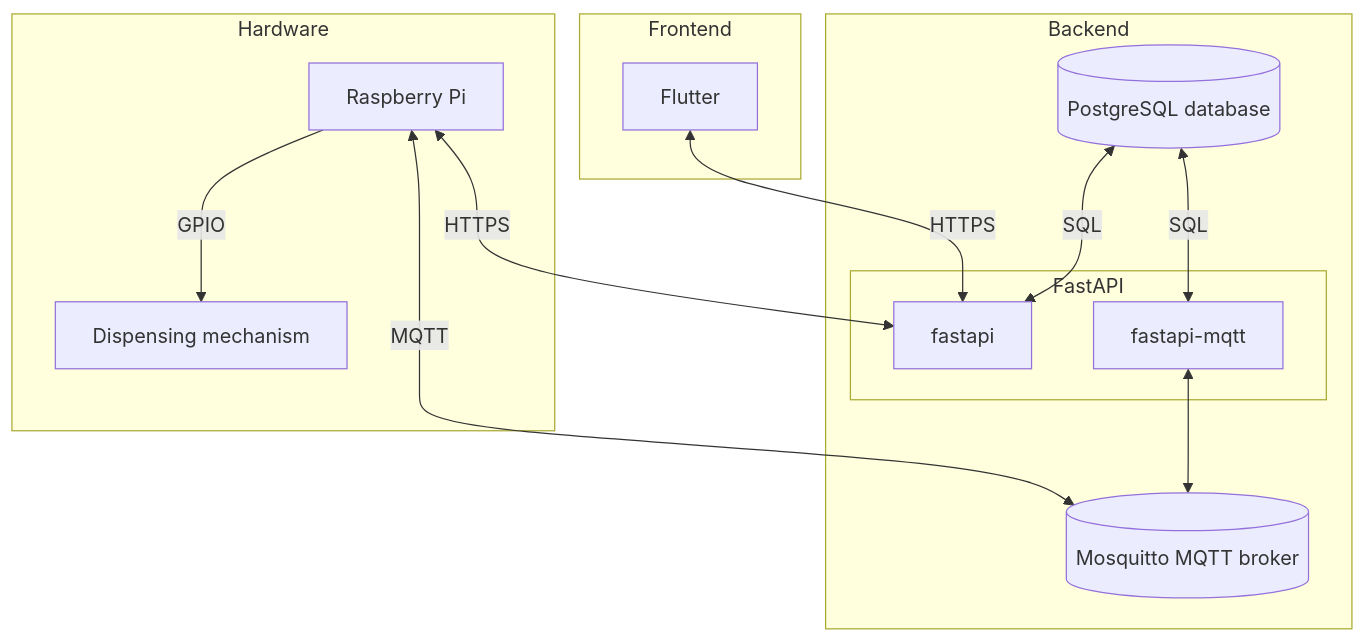
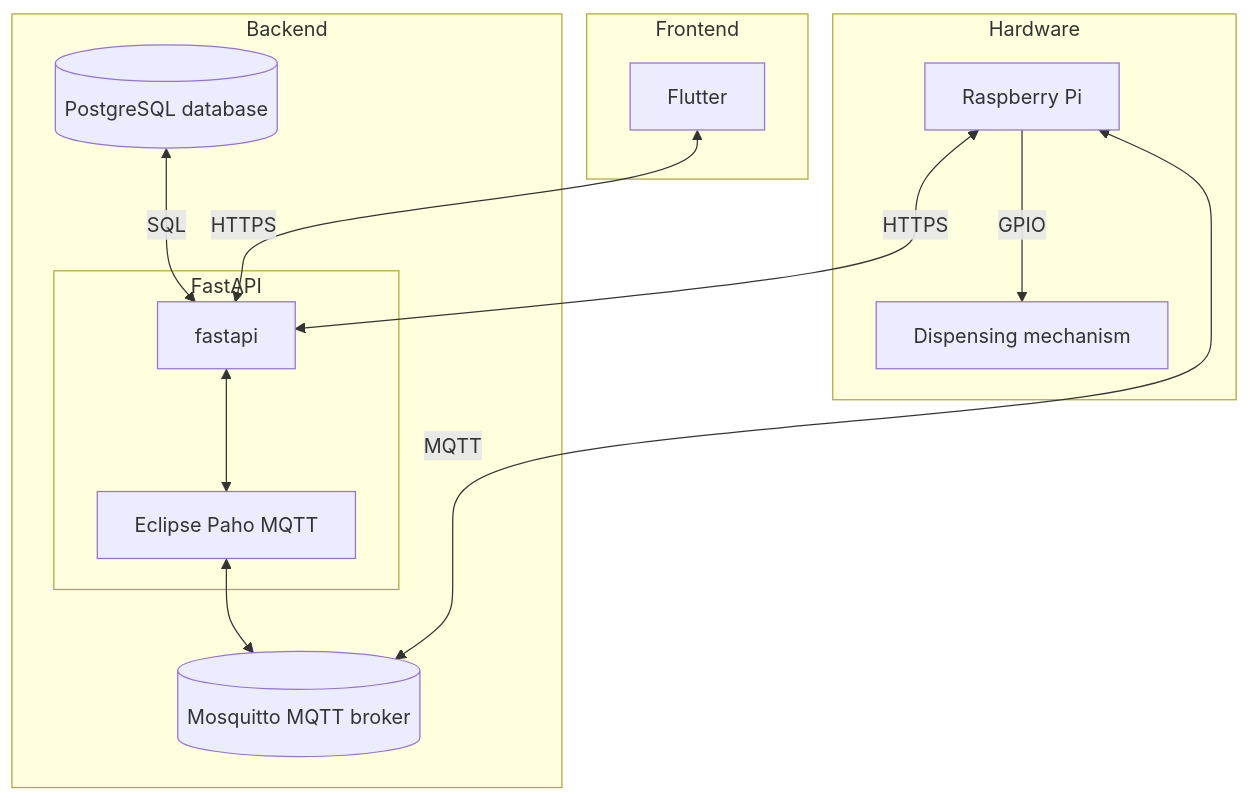
One commit to HealthHubert/.github changed the diagram in profile/README.md. Above: the diagram before and after it, drawn with Mermaid.

Commit message:
Updated mermaid diagram

````diff
--- a/profile/README.md
+++ b/profile/README.md
@@ -4,36 +4,36 @@
 ```mermaid
 graph TD
     subgraph backend[Backend]
         db[(PostgreSQL database)]
         broker[(Mosquitto MQTT broker)]
 
         subgraph fast[FastAPI]
             fastapi[fastapi]
-            fastapi-mqtt[fastapi-mqtt]
+            mqtt_client[Eclipse Paho MQTT]
         end
 
     end
 
 
     subgraph hardware[Hardware]
         dispenser[Dispensing mechanism]
         pi[Raspberry Pi]
     end
 
     subgraph frontend[Frontend]
         flutter[Flutter]
     end
 
     
 
-    fastapi-mqtt <--> broker
-    db <--> |SQL| fastapi-mqtt
+    mqtt_client <--> broker
+    fastapi <--> mqtt_client
     db <--> |SQL| fastapi
 
     flutter <--> |HTTPS| fastapi
 
     pi --> |GPIO| dispenser
     
     pi <--> |MQTT| broker
     pi <--> |HTTPS| fastapi
 ```
````
